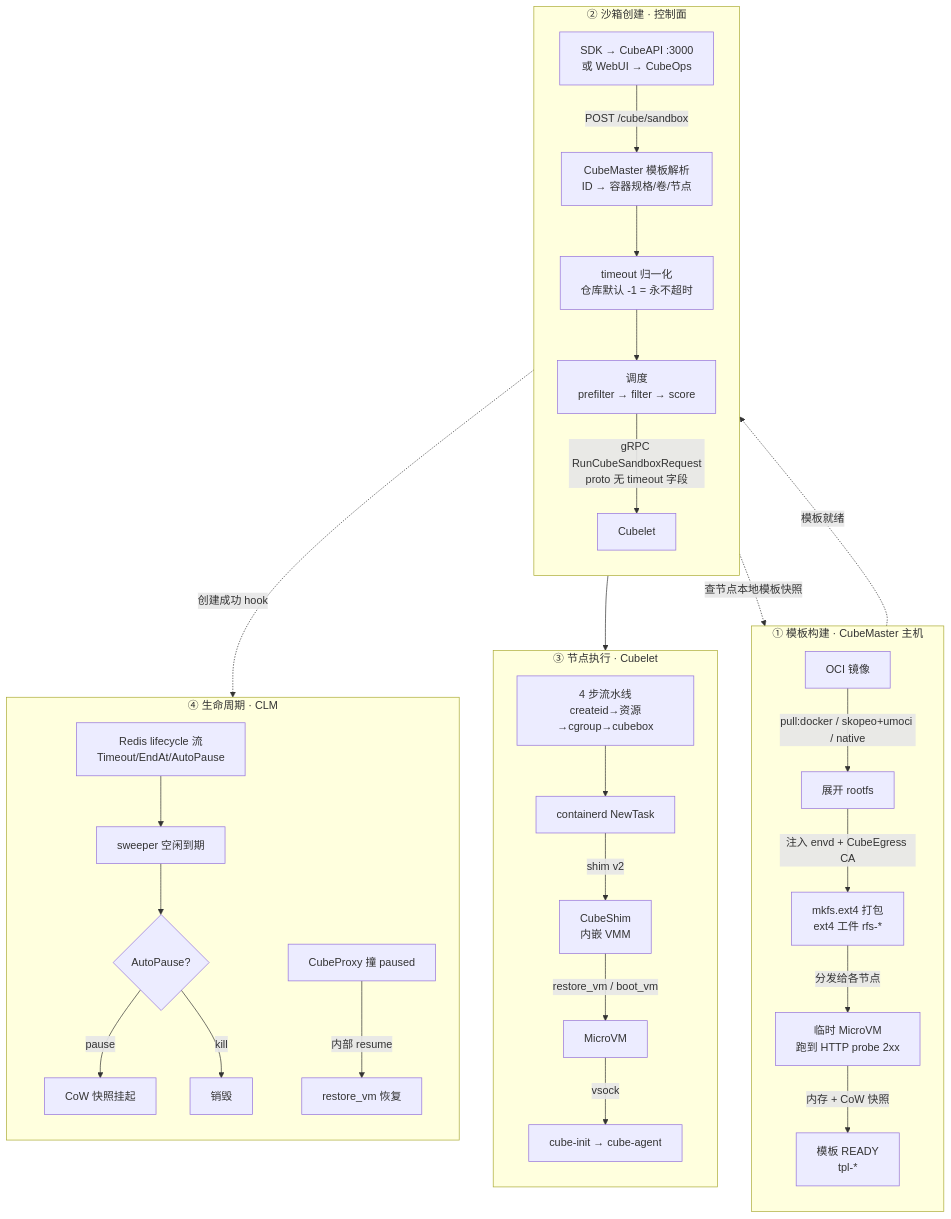
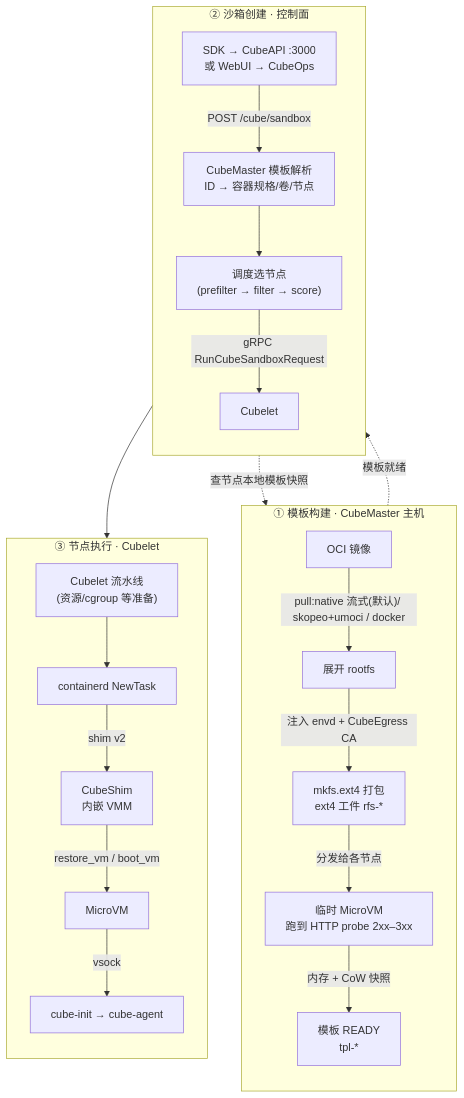
One commit to yangjinqian128/note changed the first of 5 diagrams in cube/cube-template-creation-flow.md. Above: the diagram before and after it, drawn with Mermaid. The commit also changed other lines of this file and 7 other files, not shown here.

````diff
--- a/cube/cube-template-creation-flow.md
+++ b/cube/cube-template-creation-flow.md
@@ -11,40 +11,29 @@
 ```mermaid
 flowchart TB
     subgraph S1["① 模板构建 · CubeMaster 主机"]
         direction TB
-        T1["OCI 镜像"] -->|"pull:docker / skopeo+umoci / native"| T2["展开 rootfs"]
+        T1["OCI 镜像"] -->|"pull:native 流式(默认)/ skopeo+umoci / docker"| T2["展开 rootfs"]
         T2 -->|"注入 envd + CubeEgress CA"| T3["mkfs.ext4 打包<br/>ext4 工件 rfs-*"]
-        T3 -->|"分发给各节点"| T4["临时 MicroVM<br/>跑到 HTTP probe 2xx"]
+        T3 -->|"分发给各节点"| T4["临时 MicroVM<br/>跑到 HTTP probe 2xx–3xx"]
         T4 -->|"内存 + CoW 快照"| T5["模板 READY<br/>tpl-*"]
     end
 
     subgraph S2["② 沙箱创建 · 控制面"]
         direction TB
         C1["SDK → CubeAPI :3000<br/>或 WebUI → CubeOps"] -->|"POST /cube/sandbox"| C2["CubeMaster 模板解析<br/>ID → 容器规格/卷/节点"]
-        C2 --> C3["timeout 归一化<br/>仓库默认 -1 = 永不超时"]
-        C3 --> C4["调度<br/>prefilter → filter → score"]
-        C4 -->|"gRPC RunCubeSandboxRequest<br/>proto 无 timeout 字段"| C5["Cubelet"]
+        C2 --> C3["调度选节点<br/>(prefilter → filter → score)"]
+        C3 -->|"gRPC RunCubeSandboxRequest"| C4["Cubelet"]
     end
 
     subgraph S3["③ 节点执行 · Cubelet"]
         direction TB
-        N1["4 步流水线<br/>createid→资源→cgroup→cubebox"] --> N2["containerd NewTask"]
+        N1["Cubelet 流水线<br/>(资源/cgroup 等准备)"] --> N2["containerd NewTask"]
         N2 -->|"shim v2"| N3["CubeShim<br/>内嵌 VMM"]
         N3 -->|"restore_vm / boot_vm"| N4["MicroVM"]
         N4 -->|"vsock"| N5["cube-init → cube-agent"]
     end
 
-    subgraph S4["④ 生命周期 · CLM"]
-        direction TB
-        L1["Redis lifecycle 流<br/>Timeout/EndAt/AutoPause"] --> L2["sweeper 空闲到期"]
-        L2 --> L3{"AutoPause?"}
-        L3 -->|"pause"| L4["CoW 快照挂起"]
-        L3 -->|"kill"| L5["销毁"]
-        L6["CubeProxy 撞 paused"] -->|"内部 resume"| L7["restore_vm 恢复"]
-    end
-
     T5 -.->|"模板就绪"| C2
-    C5 --> N1
-    C2 -.->|"创建成功 hook"| L1
-    C4 -.->|"查节点本地模板快照"| T5
+    C4 --> N1
+    C3 -.->|"查节点本地模板快照"| T5
 ```
````
